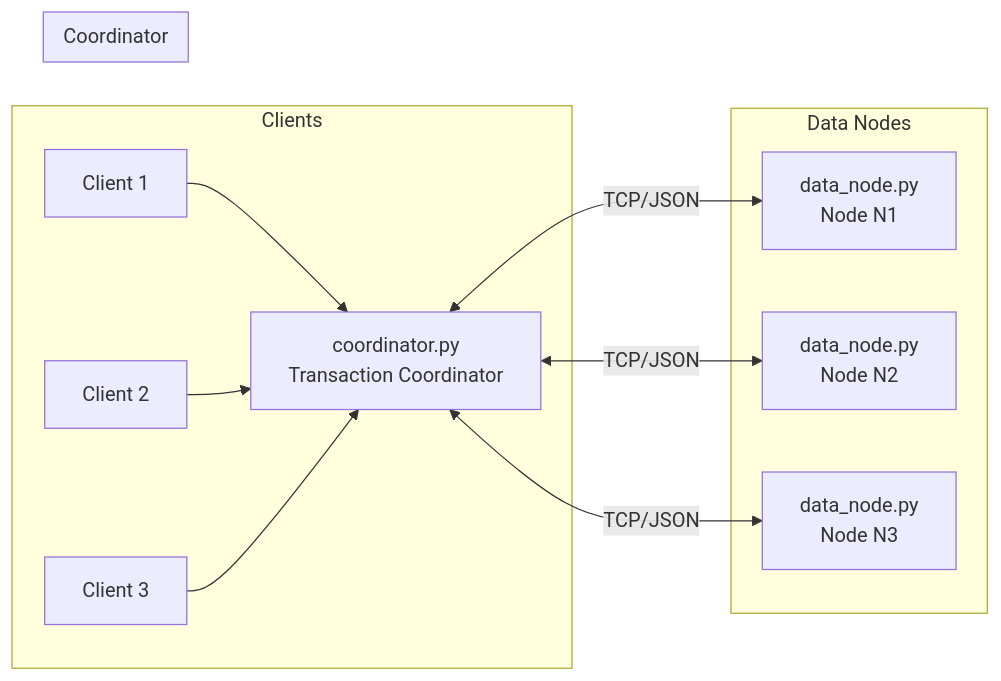
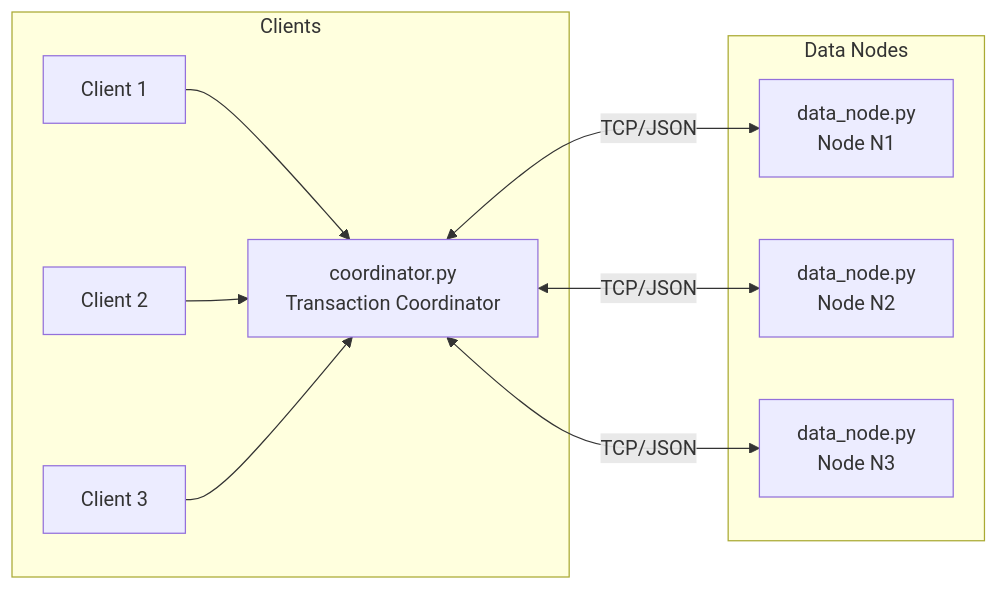
The first of 2 diagrams in README.md (FionaMich/distributed_computing_work), drawn with Mermaid before and after one commit. The commit also changed other lines of this file, not shown here.

Commit message:
Correct high level architecture diagram

````diff
--- a/README.md
+++ b/README.md
@@ -53,22 +58,20 @@
 ```mermaid
 flowchart LR
     subgraph Clients
         C1[Client 1] --> COORD
         C2[Client 2] --> COORD
         C3[Client 3] --> COORD
     end
 
-    subgraph Coordinator
-        COORD[coordinator.py<br/>Transaction Coordinator]
-    end
+    COORD[coordinator.py<br/>Transaction Coordinator]
 
     subgraph DataNodes[Data Nodes]
         N1[data_node.py<br/>Node N1]
         N2[data_node.py<br/>Node N2]
         N3[data_node.py<br/>Node N3]
     end
 
     COORD <-- TCP/JSON --> N1
     COORD <-- TCP/JSON --> N2
     COORD <-- TCP/JSON --> N3
 ```
````
